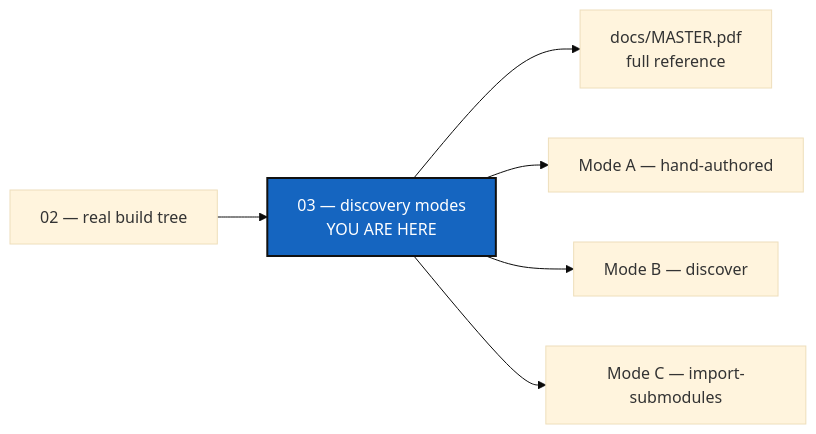
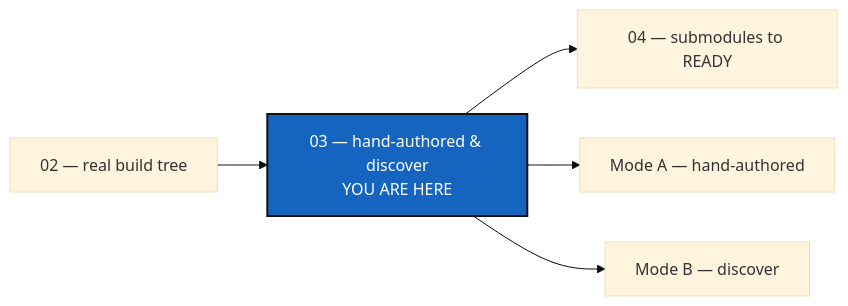
The diagram in tutorials/03_configuration_discovery_modes.md (flipoyo/ComplexGitSync), drawn with Mermaid (base theme) before and after one commit. The commit also changed other lines of this file and 7 other files, not shown here.

Commit message:
4 tutorials for a better experience, especially discover followed by import-submodules

````diff
--- a/tutorials/03_configuration_discovery_modes.md
+++ b/tutorials/03_configuration_discovery_modes.md
@@ -30,11 +30,10 @@
 ```mermaid
 graph LR
-    T2["02 — real build tree"] --> T3["03 — discovery modes<br/>YOU ARE HERE"]
-    T3 --> REF["docs/MASTER.pdf<br/>full reference"]
+    T2["02 — real build tree"] --> T3["03 — hand-authored & discover<br/>YOU ARE HERE"]
+    T3 --> T4["04 — submodules to READY"]
     T3 --> A["Mode A — hand-authored"]
     T3 --> B["Mode B — discover"]
-    T3 --> C["Mode C — import-submodules"]
 
     classDef here fill:#1565C0,color:#fff,stroke:#111,stroke-width:2px;
     class T3 here;
 ```
````
